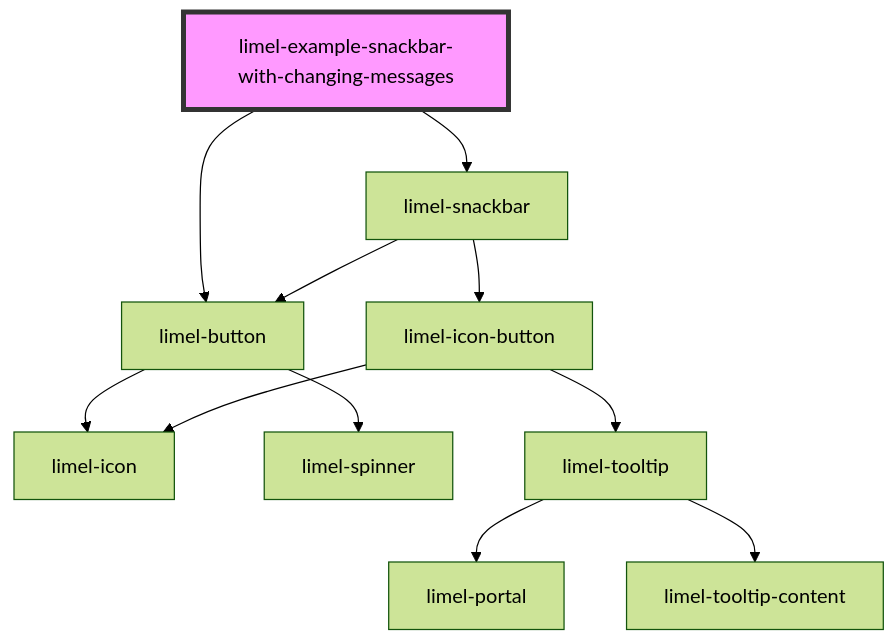
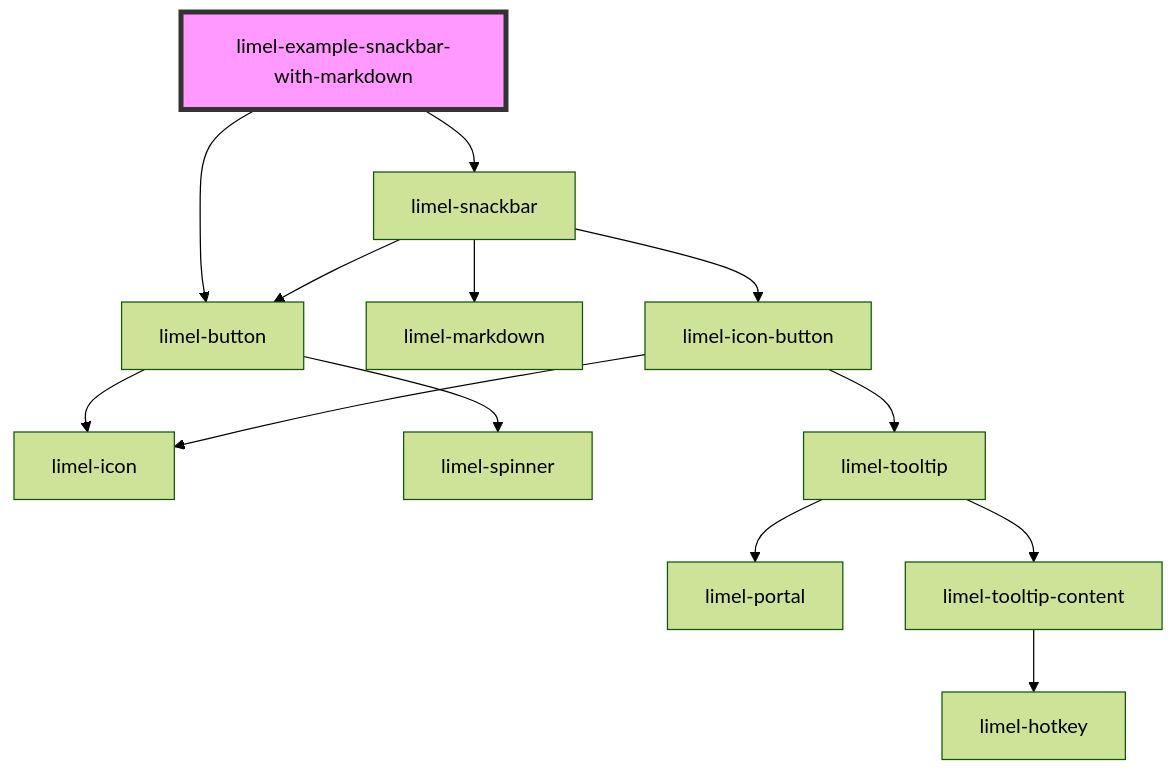
Before and after one commit to Lundalogik/lime-elements: the diagram in versions/PR-3778/markdown-docs/components/snackbar/examples/readme.md, drawn with Mermaid (forest theme). The commit also changed other lines of this file and 773 other files, not shown here.

````diff
--- a/versions/PR-3778/markdown-docs/components/snackbar/examples/readme.md
+++ b/versions/PR-3778/markdown-docs/components/snackbar/examples/readme.md
@@ -17,14 +45,16 @@
 ```mermaid
 graph TD;
-  limel-example-snackbar-with-changing-messages --> limel-button
-  limel-example-snackbar-with-changing-messages --> limel-snackbar
+  limel-example-snackbar-with-markdown --> limel-button
+  limel-example-snackbar-with-markdown --> limel-snackbar
   limel-button --> limel-icon
   limel-button --> limel-spinner
+  limel-snackbar --> limel-markdown
   limel-snackbar --> limel-button
   limel-snackbar --> limel-icon-button
   limel-icon-button --> limel-icon
   limel-icon-button --> limel-tooltip
   limel-tooltip --> limel-portal
   limel-tooltip --> limel-tooltip-content
-  style limel-example-snackbar-with-changing-messages fill:#f9f,stroke:#333,stroke-width:4px
+  limel-tooltip-content --> limel-hotkey
+  style limel-example-snackbar-with-markdown fill:#f9f,stroke:#333,stroke-width:4px
 ```
````
